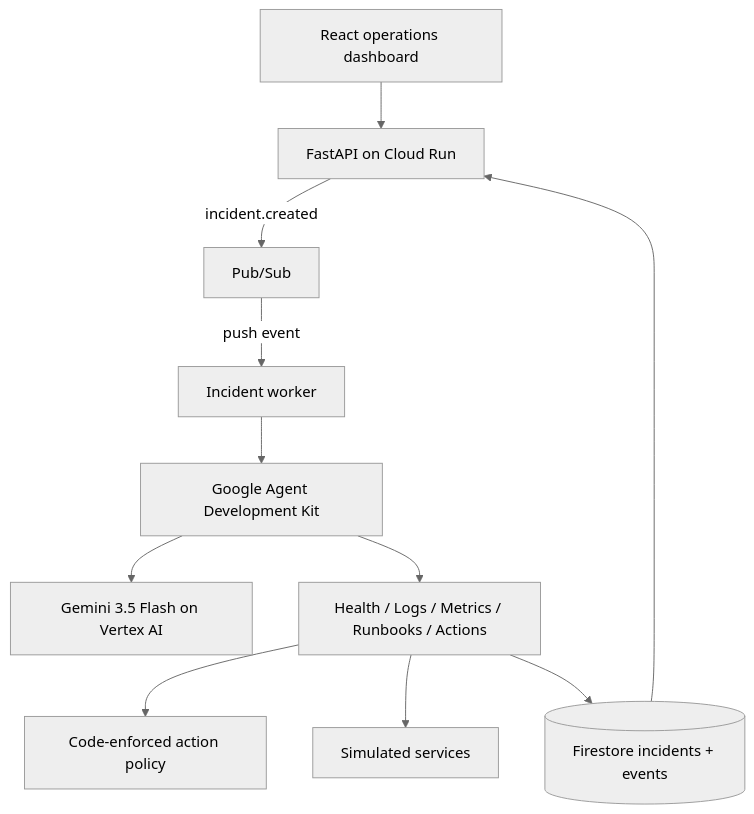
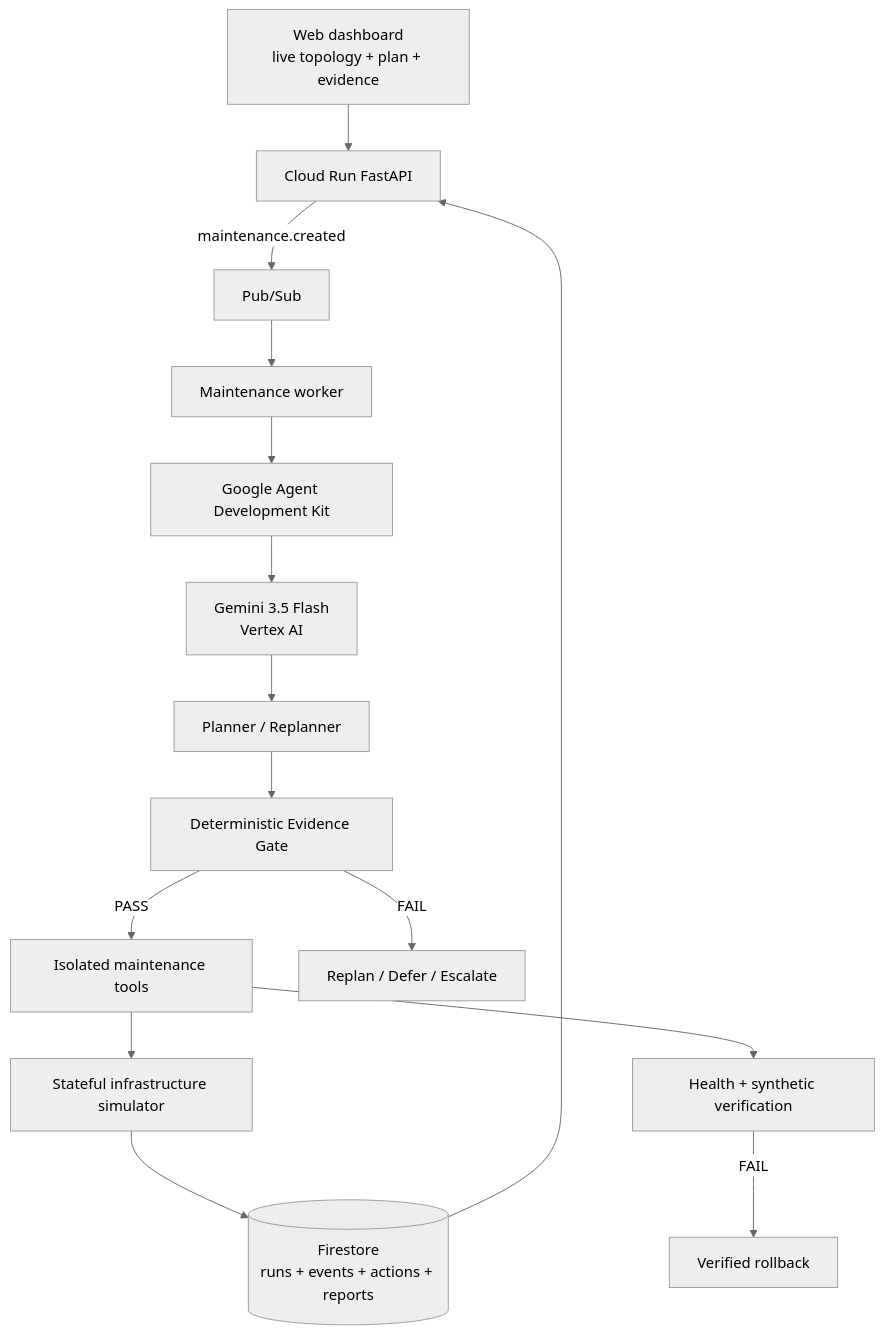
The diagram in README.md (Zachiran42/0317-autonomous-maintenance), drawn with Mermaid (neutral theme) before and after one commit. The commit also changed other lines of this file and 9 other files, not shown here.

````diff
--- a/README.md
+++ b/README.md
@@ -40,13 +81,17 @@
 ```mermaid
 flowchart TD
-    UI[React operations dashboard] --> API[FastAPI on Cloud Run]
-    API -->|incident.created| PS[Pub/Sub]
-    PS -->|push event| WORKER[Incident worker]
+    UI[Web dashboard<br/>live topology + plan + evidence] --> API[Cloud Run FastAPI]
+    API -->|maintenance.created| PS[Pub/Sub]
+    PS --> WORKER[Maintenance worker]
     WORKER --> ADK[Google Agent Development Kit]
-    ADK --> GEMINI[Gemini 3.5 Flash on Vertex AI]
-    ADK --> TOOLS[Health / Logs / Metrics / Runbooks / Actions]
-    TOOLS --> POLICY[Code-enforced action policy]
-    TOOLS --> SIM[Simulated services]
-    TOOLS --> FS[(Firestore incidents + events)]
+    ADK --> GEMINI[Gemini 3.5 Flash<br/>Vertex AI]
+    GEMINI --> PLANNER[Planner / Replanner]
+    PLANNER --> GATE[Deterministic Evidence Gate]
+    GATE -->|PASS| TOOLS[Isolated maintenance tools]
+    GATE -->|FAIL| REPLAN[Replan / Defer / Escalate]
+    TOOLS --> SIM[Stateful infrastructure simulator]
+    TOOLS --> VERIFY[Health + synthetic verification]
+    VERIFY -->|FAIL| ROLLBACK[Verified rollback]
+    SIM --> FS[(Firestore<br/>runs + events + actions + reports)]
     FS --> API
 ```
````
